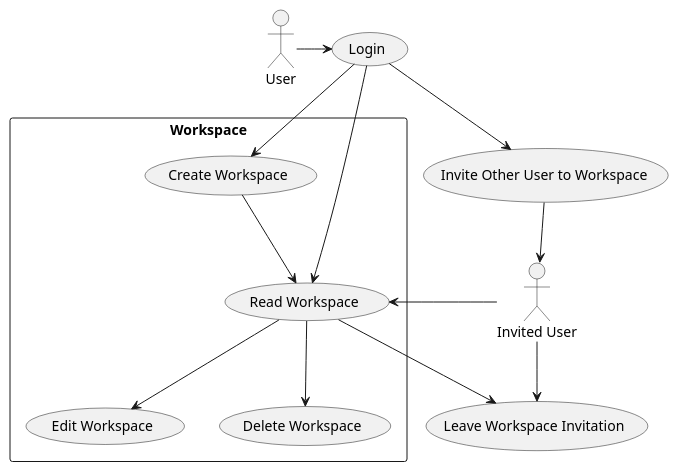
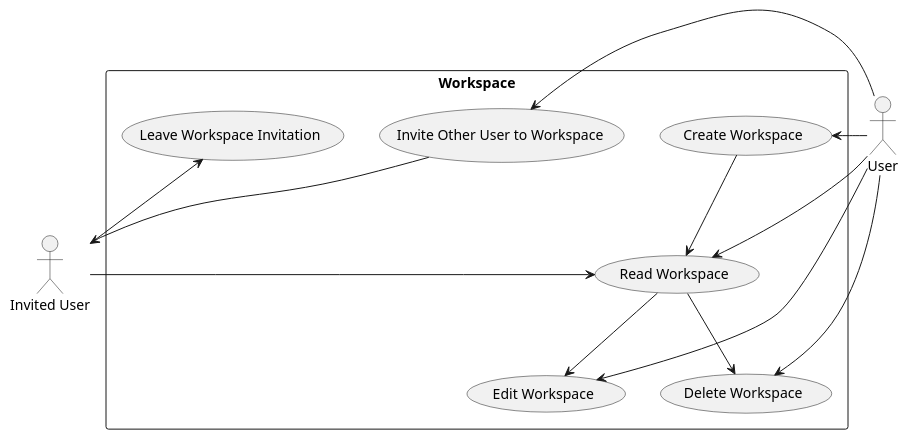
Before and after one commit to davidimannuel/uwika_task_tracker: the diagram in docs/usecase_diagram/workspace.puml, drawn with PlantUML. The commit also changed 3 other files, not shown here.

Commit message:
adding member management diagrams

```diff
--- a/docs/usecase_diagram/workspace.puml
+++ b/docs/usecase_diagram/workspace.puml
@@ -1,19 +1,21 @@
 @startuml workspace
 
 actor User
 actor "Invited User" as InvitedUser
 
-User -right-> (Login)
-(Login) -down-> (Invite Other User to Workspace)
-(Invite Other User to Workspace) --> InvitedUser
-InvitedUser --> (Leave Workspace Invitation)
 rectangle "Workspace" {
-  (Login) -> (Create Workspace)
-  (Login) --> (Read Workspace)
-  (InvitedUser) -> (Read Workspace)
+  User -right-> (Create Workspace)
+  User -right-> (Read Workspace)
+  User -right-> (Edit Workspace)
+  User -right-> (Delete Workspace)
+  User -right-> (Invite Other User to Workspace)
+  InvitedUser -right-> (Read Workspace)
+  InvitedUser -right-> (Leave Workspace Invitation)
+  
   (Create Workspace) --> (Read Workspace)
   (Read Workspace) --> (Edit Workspace)
   (Read Workspace) --> (Delete Workspace)
-  (Read Workspace) -> (Leave Workspace Invitation)
+  (Invite Other User to Workspace) --> InvitedUser
 }
+
 @enduml
```
